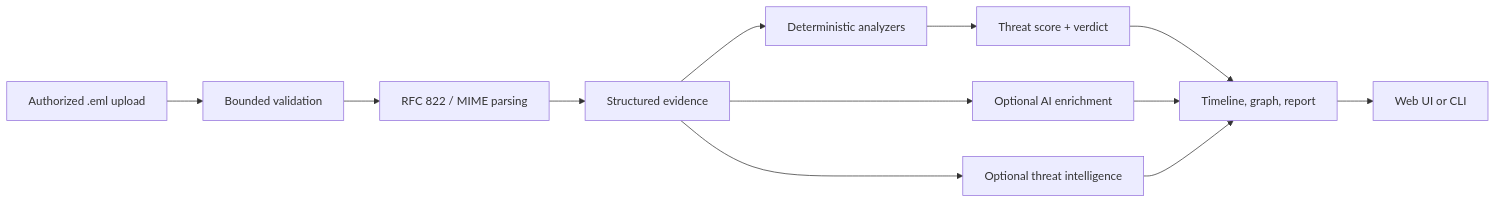
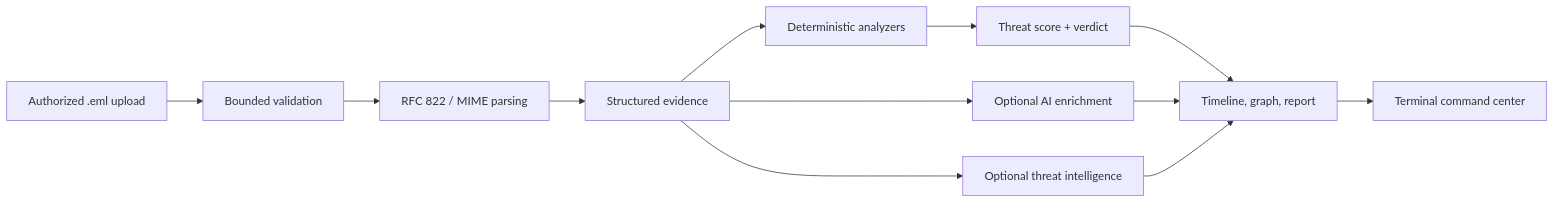
Before and after one commit to shaaannn7/sentinel: the diagram in README.md, drawn with Mermaid. The commit also changed other lines of this file and 4 other files, not shown here.

First line of the commit message:
Elevate terminal command center experience

````diff
--- a/README.md
+++ b/README.md
@@ -126,14 +133,14 @@
 ```mermaid
 flowchart LR
     A[Authorized .eml upload] --> B[Bounded validation]
     B --> C[RFC 822 / MIME parsing]
     C --> D[Structured evidence]
     D --> E[Deterministic analyzers]
     E --> F[Threat score + verdict]
     D --> G[Optional AI enrichment]
     D --> H[Optional threat intelligence]
     F --> I[Timeline, graph, report]
     G --> I
     H --> I
-    I --> J[Web UI or CLI]
+    I --> J[Terminal command center]
 ```
````
